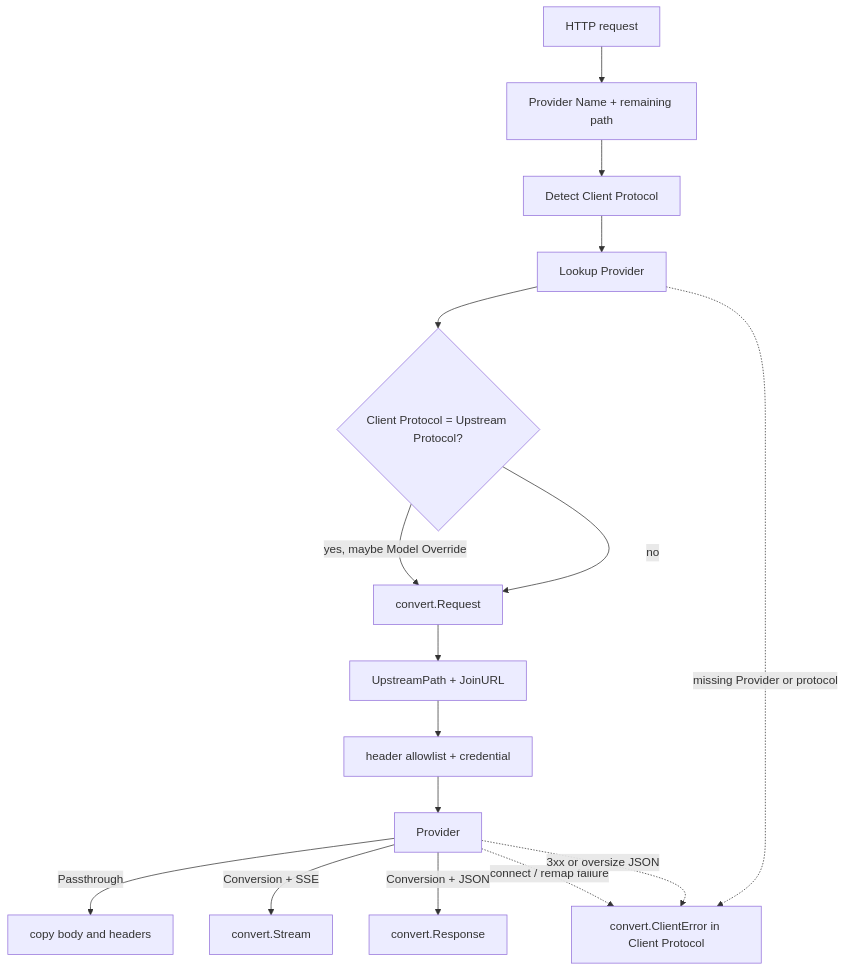
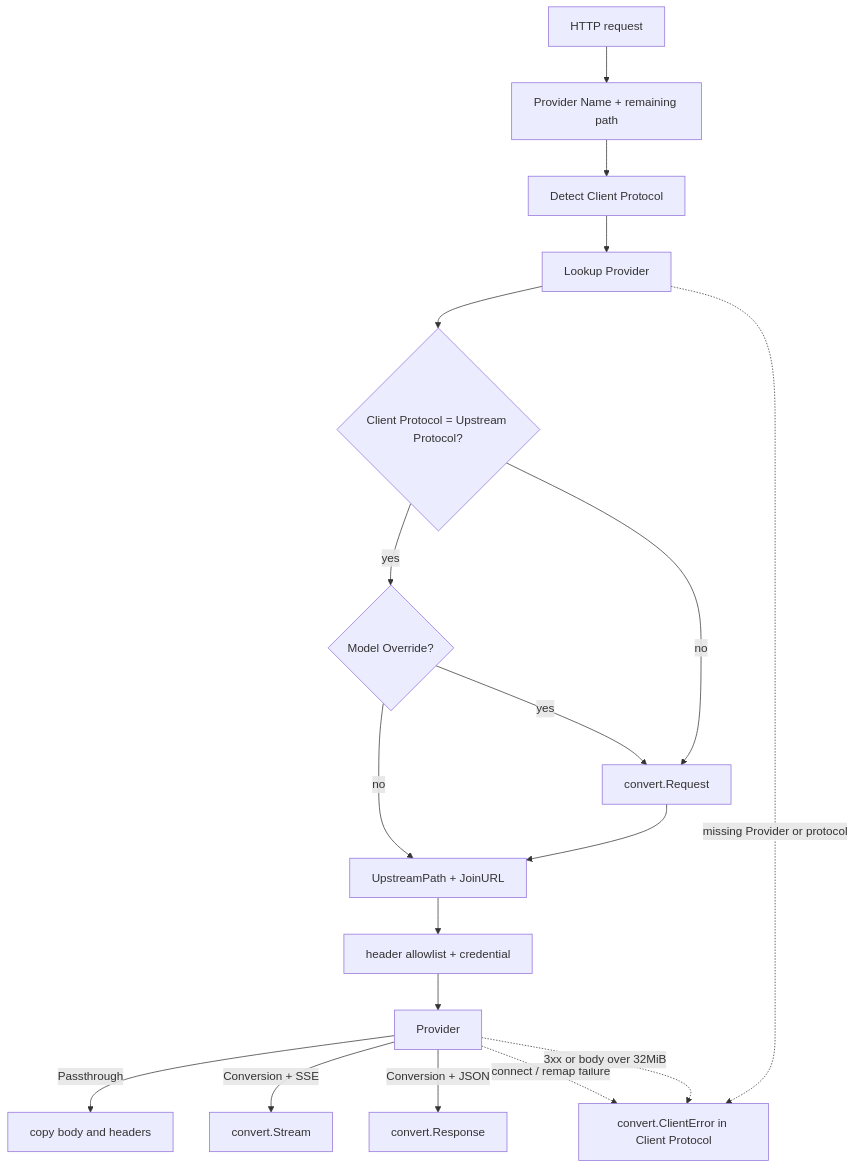
The second of 6 diagrams in docs/architecture.md (thomas-huang/caosi), drawn with Mermaid before and after one commit. The commit also changed other lines of this file and 2 other files, not shown here.

Commit message:
Align architecture and README with the running converter.

````diff
--- a/docs/architecture.md
+++ b/docs/architecture.md
@@ -25,28 +25,31 @@
 ```mermaid
 flowchart TD
   REQ["HTTP request"]
   SPLIT["Provider Name + remaining path"]
   DET["Detect Client Protocol"]
   LOOK["Lookup Provider"]
   DEC{"Client Protocol = Upstream Protocol?"}
+  OV{"Model Override?"}
   REQCV["convert.Request"]
   PATH["UpstreamPath + JoinURL"]
   HDR["header allowlist + credential"]
   UP["Provider"]
   PASS["copy body and headers"]
   STREAM["convert.Stream"]
   RESP["convert.Response"]
   ERR["convert.ClientError in Client Protocol"]
 
   REQ --> SPLIT --> DET --> LOOK
   LOOK --> DEC
-  DEC -->|yes, maybe Model Override| REQCV
+  DEC -->|yes| OV
+  OV -->|no| PATH
+  OV -->|yes| REQCV
   DEC -->|no| REQCV
   REQCV --> PATH --> HDR --> UP
   UP -->|Passthrough| PASS
   UP -->|Conversion + SSE| STREAM
   UP -->|Conversion + JSON| RESP
   LOOK -.->|missing Provider or protocol| ERR
   UP -.->|connect / remap failure| ERR
-  UP -.->|3xx or oversize JSON| ERR
+  UP -.->|3xx or body over 32MiB| ERR
 ```
````
